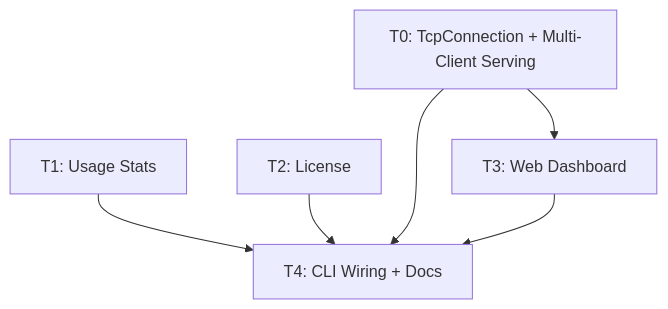
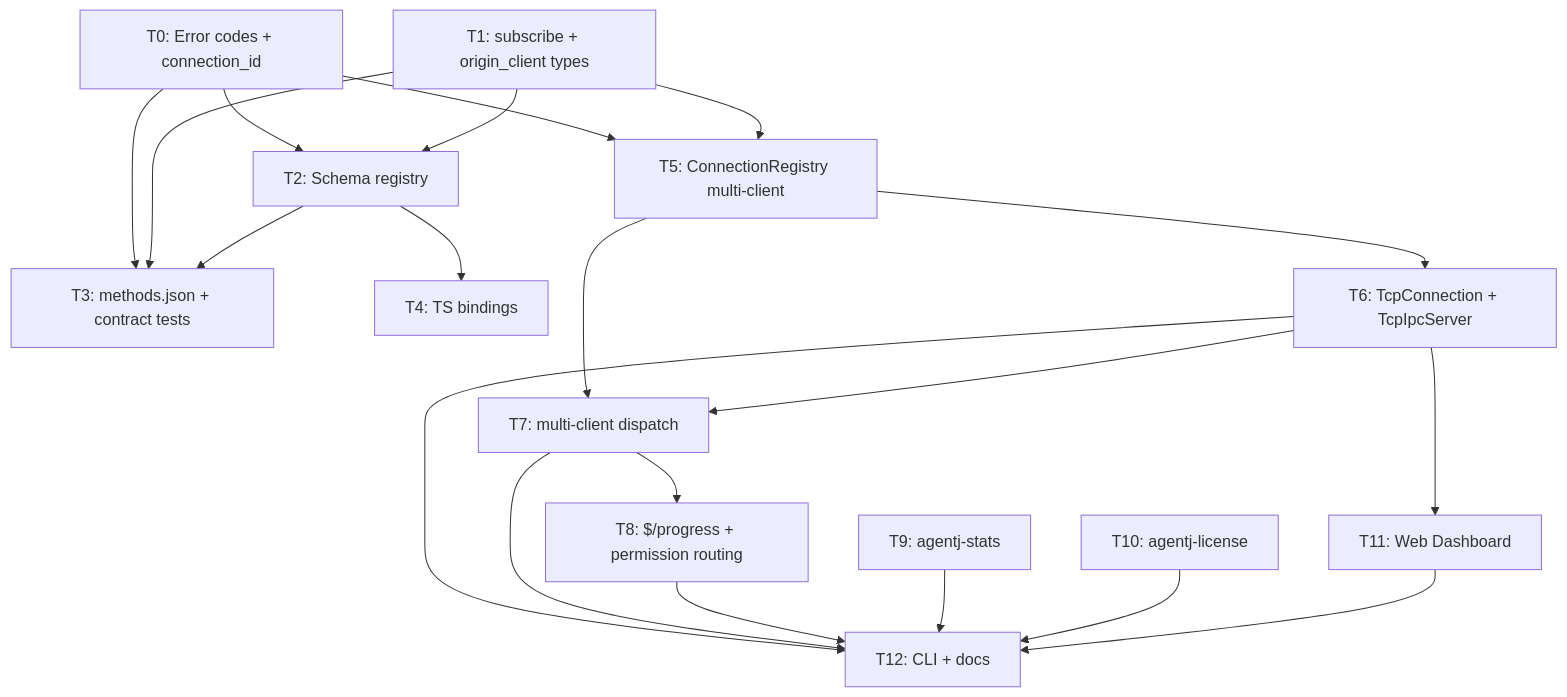
One commit to JeillZhang/agentj changed the diagram in docs/superpowers/plans/2026-08-09-agentj-v0.3-plan.md. Above: the diagram before and after it, drawn with Mermaid. The commit also changed other lines of this file, not shown here.

````diff
--- a/docs/superpowers/plans/2026-08-09-agentj-v0.3-plan.md
+++ b/docs/superpowers/plans/2026-08-09-agentj-v0.3-plan.md
@@ -878,8 +1431,22 @@
 ```mermaid
 graph TD
-    T0["T0: TcpConnection + Multi-Client Serving"] --> T3["T3: Web Dashboard"]
-    T1["T1: Usage Stats"] --> T4["T4: CLI Wiring + Docs"]
-    T2["T2: License"] --> T4
-    T0 --> T4
-    T3 --> T4
+    T0["T0: Error codes + connection_id"] --> T2["T2: Schema registry"]
+    T1["T1: subscribe + origin_client types"] --> T2
+    T0 --> T3["T3: methods.json + contract tests"]
+    T1 --> T3
+    T2 --> T3
+    T2 --> T4["T4: TS bindings"]
+    T0 --> T5["T5: ConnectionRegistry multi-client"]
+    T1 --> T5
+    T5 --> T6["T6: TcpConnection + TcpIpcServer"]
+    T5 --> T7["T7: multi-client dispatch"]
+    T6 --> T7
+    T7 --> T8["T8: $/progress + permission routing"]
+    T6 --> T11["T11: Web Dashboard"]
+    T6 --> T12["T12: CLI + docs"]
+    T7 --> T12
+    T8 --> T12
+    T9["T9: agentj-stats"] --> T12
+    T10["T10: agentj-license"] --> T12
+    T11 --> T12
 ```
````
